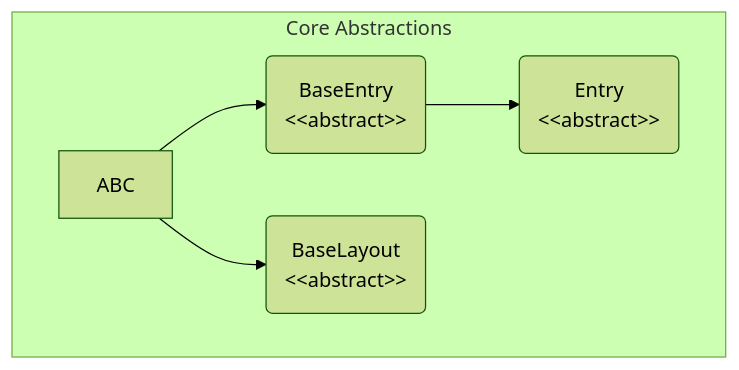
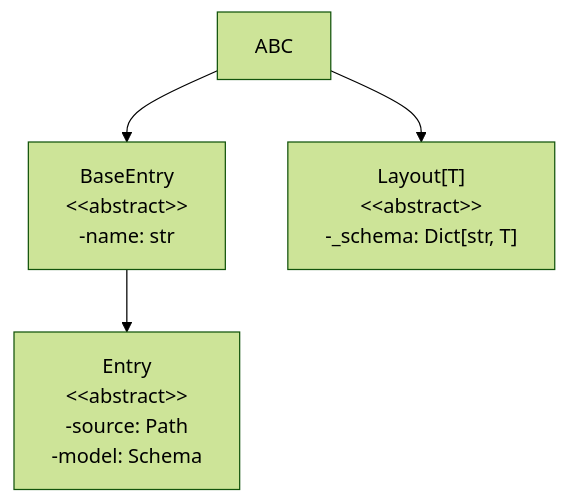
One commit to OutSquareCapital/framelib changed the first of 3 diagrams in docs/CODE_ARCHITECTURE.md. Above: the diagram before and after it, drawn with Mermaid (forest theme). The commit also changed other lines of this file and 1 other file, not shown here.

````diff
--- a/docs/CODE_ARCHITECTURE.md
+++ b/docs/CODE_ARCHITECTURE.md
@@ -88,14 +137,11 @@
 ```mermaid
 graph TD
-    subgraph Core Abstractions
-        direction LR
-        ABC
-        BaseEntry(BaseEntry<br/>&lt;&lt;abstract&gt;&gt;)
-        BaseLayout(BaseLayout<br/>&lt;&lt;abstract&gt;&gt;)
-        Entry(Entry<br/>&lt;&lt;abstract&gt;&gt;)
-    end
+    ABC["ABC"]
+    BaseEntry["BaseEntry<br/>&lt;&lt;abstract&gt;&gt;<br/>-name: str"]
+    Entry["Entry<br/>&lt;&lt;abstract&gt;&gt;<br/>-source: Path<br/>-model: Schema"]
+    Layout["Layout[T]<br/>&lt;&lt;abstract&gt;&gt;<br/>-_schema: Dict[str, T]"]
 
     ABC --> BaseEntry
-    ABC --> BaseLayout
+    ABC --> Layout
     BaseEntry --> Entry
 ```
````
